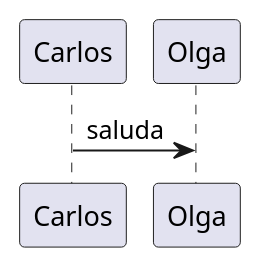
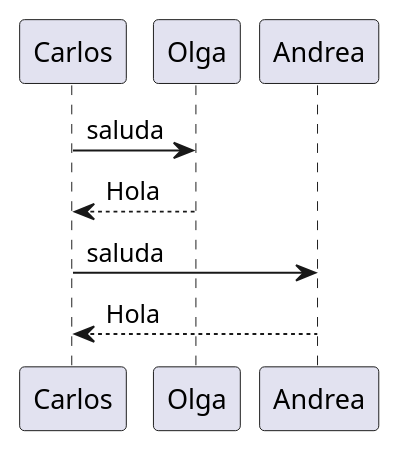
The diagram in uml/diagrama2.puml (Espadv69/uml-begginer), drawn with PlantUML before and after one commit.

Commit message:
Update: diagram completed

```diff
--- a/uml/diagrama2.puml
+++ b/uml/diagrama2.puml
@@ -1,5 +1,8 @@
 @startuml diagrama2
 
     Carlos -> Olga : saluda
+    Carlos <-- Olga : Hola
+    Carlos -> Andrea : saluda
+    Carlos <-- Andrea : Hola
 
 @enduml
```
